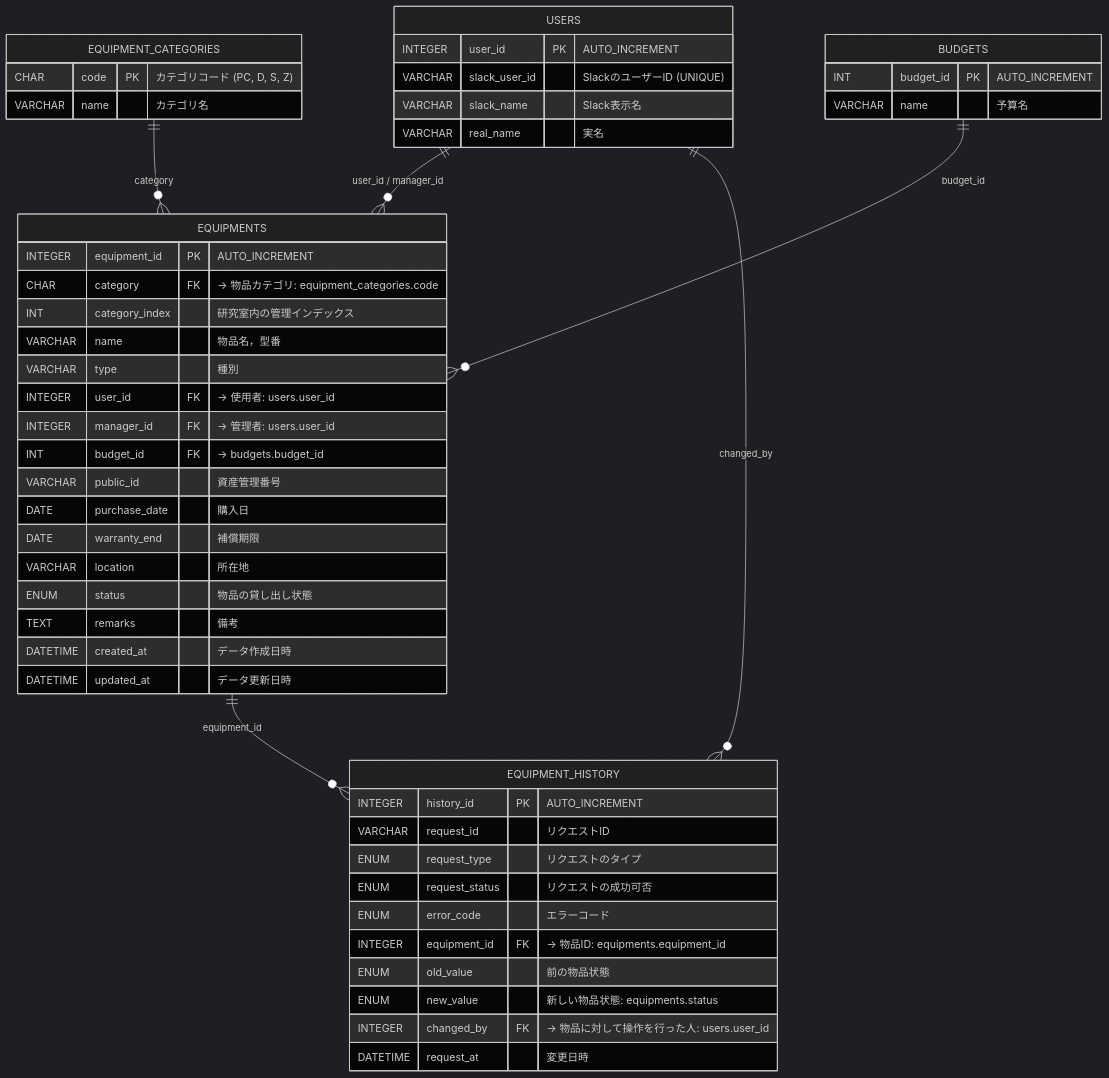
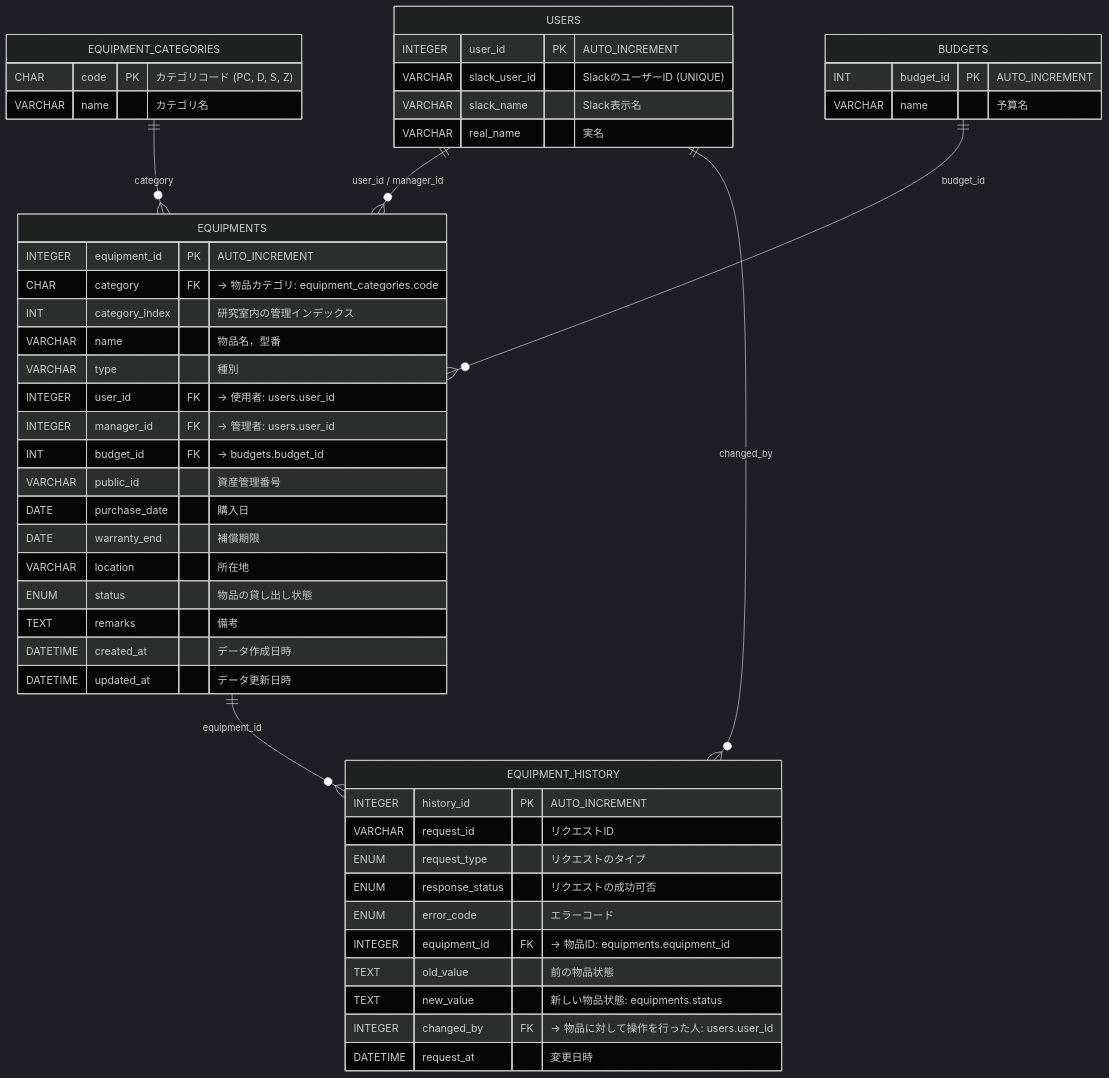
The diagram in docs/er.md (posl/posl-equipment-manager), drawn with Mermaid (dark theme) before and after one commit. The commit also changed other lines of this file and 4 other files, not shown here.

Commit message:
[docs] README，ER図，シーケンス図を修正

````diff
--- a/docs/er.md
+++ b/docs/er.md
@@ -137,58 +156,58 @@
 ```mermaid
 erDiagram
     USERS ||--o{ EQUIPMENTS : "user_id / manager_id"
     EQUIPMENT_CATEGORIES ||--o{ EQUIPMENTS : "category"
     BUDGETS ||--o{ EQUIPMENTS : "budget_id"
     EQUIPMENTS ||--o{ EQUIPMENT_HISTORY : "equipment_id"
     USERS ||--o{ EQUIPMENT_HISTORY : "changed_by"
 
     USERS {
         INTEGER user_id PK "AUTO_INCREMENT"
         VARCHAR slack_user_id "SlackのユーザーID (UNIQUE)"
         VARCHAR slack_name "Slack表示名"
         VARCHAR real_name "実名"
     }
 
     EQUIPMENT_CATEGORIES {
         CHAR code PK "カテゴリコード (PC, D, S, Z)"
         VARCHAR name "カテゴリ名"
     }
 
     BUDGETS {
         INT budget_id PK "AUTO_INCREMENT"
         VARCHAR name "予算名"
     }
 
     EQUIPMENTS {
         INTEGER equipment_id PK "AUTO_INCREMENT"
         CHAR category FK "-> 物品カテゴリ: equipment_categories.code"
         INT category_index "研究室内の管理インデックス"
         VARCHAR name "物品名，型番"
         VARCHAR type "種別"
         INTEGER user_id FK "-> 使用者: users.user_id"
         INTEGER manager_id FK "-> 管理者: users.user_id"
         INT budget_id FK "-> budgets.budget_id"
         VARCHAR public_id "資産管理番号"
         DATE purchase_date "購入日"
         DATE warranty_end "補償期限"
         VARCHAR location "所在地"
         ENUM status "物品の貸し出し状態"
         TEXT remarks "備考"
         DATETIME created_at "データ作成日時"
         DATETIME updated_at "データ更新日時"
     }
 
     EQUIPMENT_HISTORY {
         INTEGER history_id PK "AUTO_INCREMENT"
         VARCHAR request_id "リクエストID"
         ENUM request_type "リクエストのタイプ"
-        ENUM request_status "リクエストの成功可否"
+        ENUM response_status "リクエストの成功可否"
         ENUM error_code "エラーコード"
         INTEGER equipment_id FK "-> 物品ID: equipments.equipment_id"
-        ENUM old_value "前の物品状態"
-        ENUM new_value "新しい物品状態: equipments.status"
+        TEXT old_value "前の物品状態"
+        TEXT new_value "新しい物品状態: equipments.status"
         INTEGER changed_by FK "-> 物品に対して操作を行った人: users.user_id"
         DATETIME request_at "変更日時"
     }
 
 ```
````
